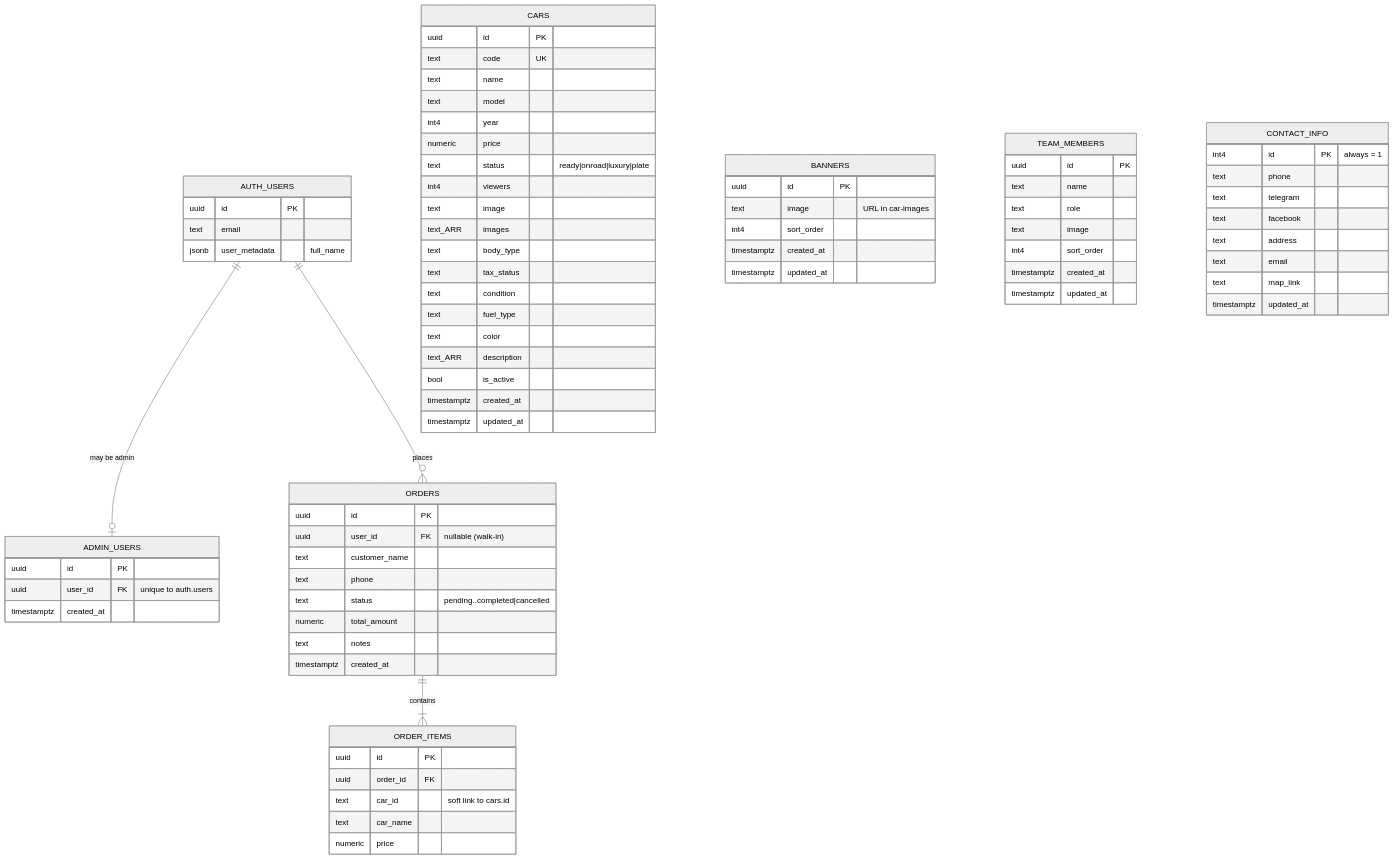
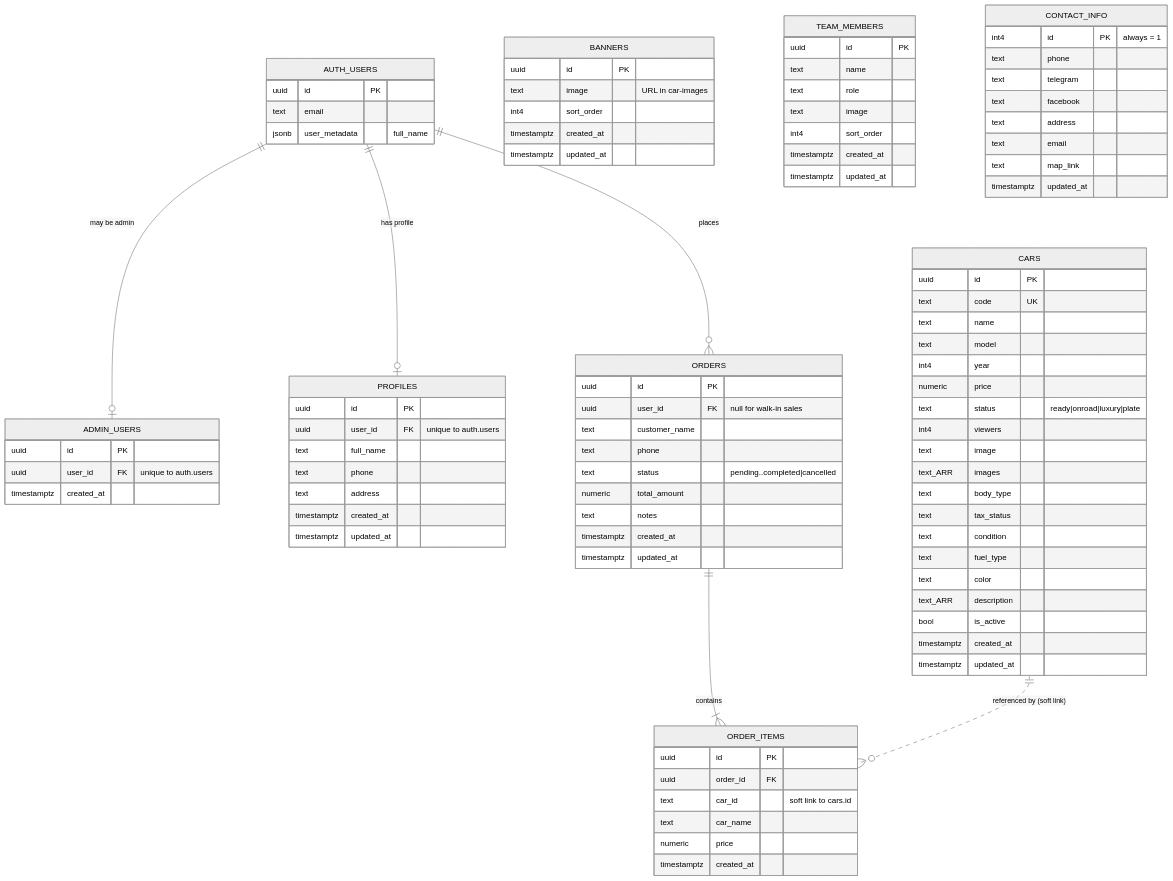
The diagram in docs/DATABASE.md (D1mDom/Car-plus-website), drawn with Mermaid (neutral theme) before and after one commit. The commit also changed other lines of this file and 2 other files, not shown here.

First line of the commit message:
Restore profiles table for the Profile page; refresh ER diagram docs

````diff
--- a/docs/DATABASE.md
+++ b/docs/DATABASE.md
@@ -9,26 +9,11 @@
 ```mermaid
 erDiagram
     AUTH_USERS ||--o| ADMIN_USERS : "may be admin"
+    AUTH_USERS ||--o| PROFILES : "has profile"
     AUTH_USERS ||--o{ ORDERS : "places"
     ORDERS ||--|{ ORDER_ITEMS : "contains"
+    CARS ||..o{ ORDER_ITEMS : "referenced by (soft link)"
 
-    ORDERS {
-        uuid id PK
-        uuid user_id FK "nullable (walk-in)"
-        text customer_name
-        text phone
-        text status "pending..completed|cancelled"
-        numeric total_amount
-        text notes
-        timestamptz created_at
-    }
-    ORDER_ITEMS {
-        uuid id PK
-        uuid order_id FK
-        text car_id "soft link to cars.id"
-        text car_name
-        numeric price
-    }
     AUTH_USERS {
         uuid id PK
         text email
@@ -37,6 +22,34 @@
     ADMIN_USERS {
         uuid id PK
         uuid user_id FK "unique to auth.users"
+        timestamptz created_at
+    }
+    PROFILES {
+        uuid id PK
+        uuid user_id FK "unique to auth.users"
+        text full_name
+        text phone
+        text address
+        timestamptz created_at
+        timestamptz updated_at
+    }
+    ORDERS {
+        uuid id PK
+        uuid user_id FK "null for walk-in sales"
+        text customer_name
+        text phone
+        text status "pending..completed|cancelled"
+        numeric total_amount
+        text notes
+        timestamptz created_at
+        timestamptz updated_at
+    }
+    ORDER_ITEMS {
+        uuid id PK
+        uuid order_id FK
+        text car_id "soft link to cars.id"
+        text car_name
+        numeric price
         timestamptz created_at
     }
     CARS {
````
